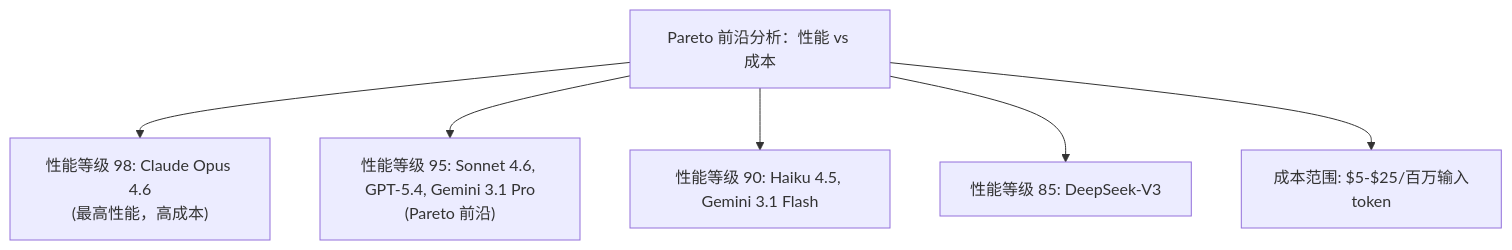
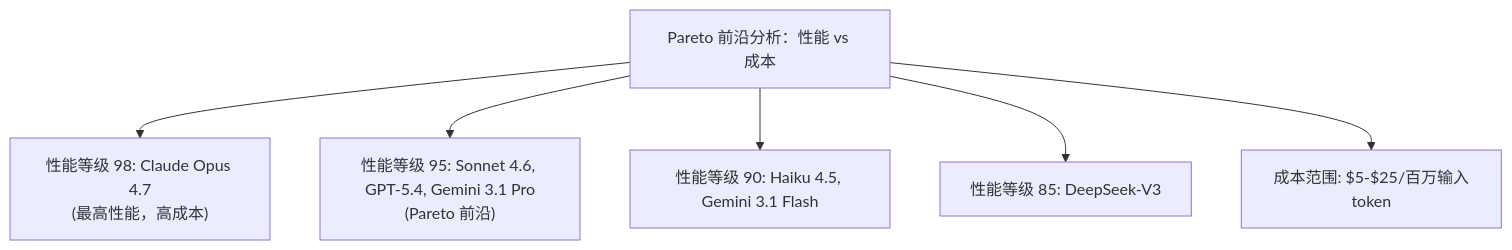
The second of 3 diagrams in 12_appendix/12.6_model_comparison.md (yeasy/claude_guide), drawn with Mermaid before and after one commit. The commit also changed other lines of this file and 1 other file, not shown here.

Commit message:
Update model comparison and routing to Opus 4.7

````diff
--- a/12_appendix/12.6_model_comparison.md
+++ b/12_appendix/12.6_model_comparison.md
@@ -597,15 +601,15 @@
 ```mermaid
 graph TD
     A["Pareto 前沿分析：性能 vs 成本"]
-    B["性能等级 98: Claude Opus 4.6<br/>(最高性能，高成本)"]
+    B["性能等级 98: Claude Opus 4.7<br/>(最高性能，高成本)"]
     C["性能等级 95: Sonnet 4.6, GPT-5.4, Gemini 3.1 Pro<br/>(Pareto 前沿)"]
     D["性能等级 90: Haiku 4.5, Gemini 3.1 Flash"]
     E["性能等级 85: DeepSeek-V3"]
     F["成本范围: $5-$25/百万输入token"]
 
     A --> B
     A --> C
     A --> D
     A --> E
     A --> F
 ```
````
